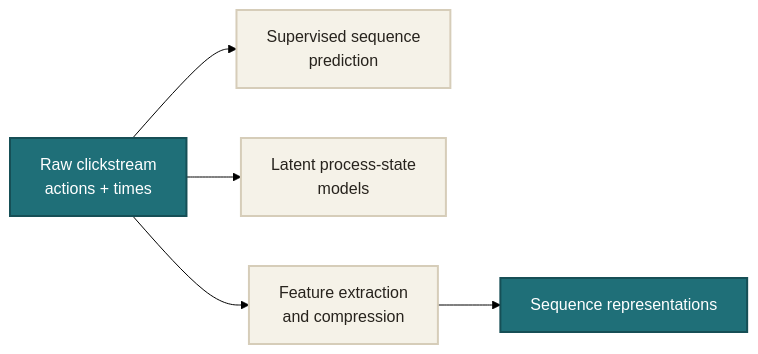
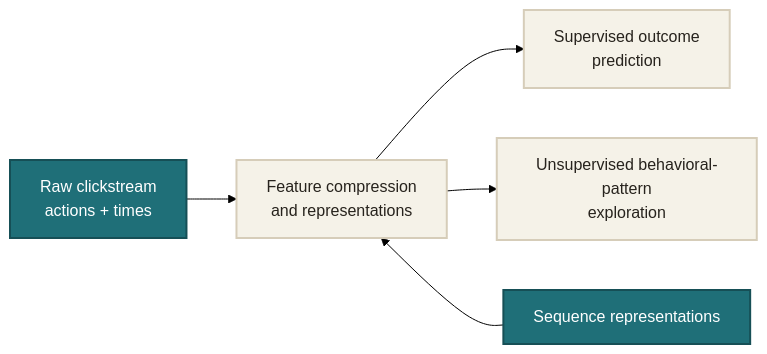
The first of 3 diagrams in pages/01-intro.md (ruitingshen81/IMPS26Talk), drawn with Mermaid (forest theme) before and after one commit. The commit also changed other lines of this file, not shown here.

````diff
--- a/pages/01-intro.md
+++ b/pages/01-intro.md
@@ -62,22 +59,23 @@
 ```mermaid {theme: 'neutral', scale: 0.78}
 flowchart LR
   Raw["Raw clickstream<br/>actions + times"]
 
-  Sup["Supervised sequence<br/>prediction"]
-  Lat["Latent process-state<br/>models"]
-  Feat["Feature extraction<br/>and compression"]
+  Sup["Supervised outcome<br/>prediction"]
+  Feat["Feature compression<br/>and representations"]
+  Unsup["Unsupervised behavioral-pattern<br/>exploration"]
 
   Rep["Sequence representations"]
 
-  Raw --> Sup
-  Raw --> Lat
   Raw --> Feat
-  Feat --> Rep
+  Feat --> Sup
+  Feat --> Unsup
+  Feat ~~~ Rep
+  Rep --> Feat
 
   classDef raw fill:#1f6f78,color:#fff,stroke:#164f56,stroke-width:2px;
   classDef approach fill:#f5f2e8,color:#27231d,stroke:#d6cdb9,stroke-width:2px;
   classDef rep fill:#1f6f78,color:#fff,stroke:#164f56,stroke-width:2px;
   class Raw raw;
-  class Sup,Lat,Feat approach;
+  class Sup,Unsup,Feat approach;
   class Rep rep;
 ```
````
